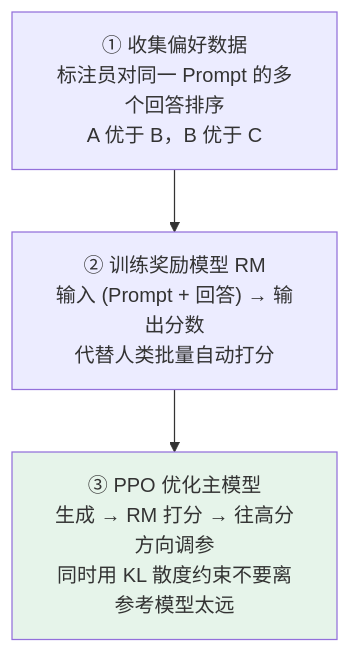
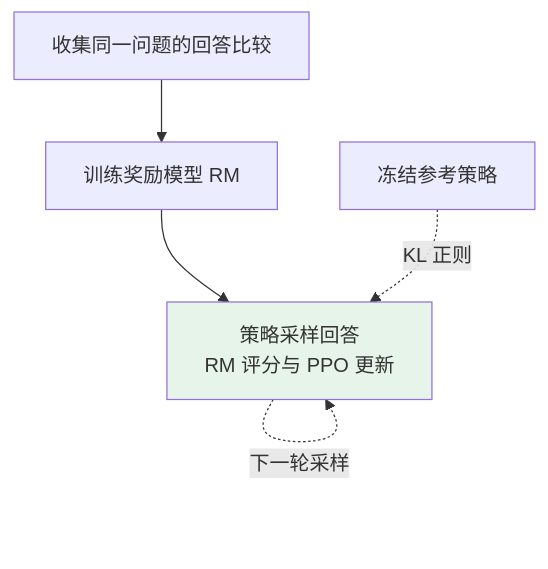
Before and after one commit to oneleaveknowsthefall/awesome-ai-roadmap: the first of 2 diagrams in docs/llm/02-training-alignment/10-post-training.md, drawn with Mermaid. The commit also changed other lines of this file and 45 other files, not shown here.

````diff
--- a/docs/llm/02-training-alignment/10-post-training.md
+++ b/docs/llm/02-training-alignment/10-post-training.md
@@ -29,8 +35,9 @@
 ```mermaid
 flowchart TB
-    S1["① 收集偏好数据<br/>标注员对同一 Prompt 的多个回答排序<br/>A 优于 B，B 优于 C"]
-    S1 --> S2["② 训练奖励模型 RM<br/>输入 (Prompt + 回答) → 输出分数<br/>代替人类批量自动打分"]
-    S2 --> S3["③ PPO 优化主模型<br/>生成 → RM 打分 → 往高分方向调参<br/>同时用 KL 散度约束不要离参考模型太远"]
+    S1["收集同一问题的回答比较"] --> S2["训练奖励模型 RM"]
+    S2 --> S3["策略采样回答<br/>RM 评分与 PPO 更新"]
+    REF["冻结参考策略"] -.->|KL 正则| S3
+    S3 -.->|下一轮采样| S3
 
     style S3 fill:#e6f4ea
 ```
````
